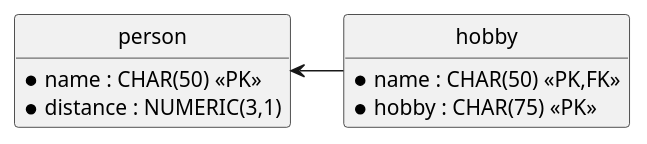
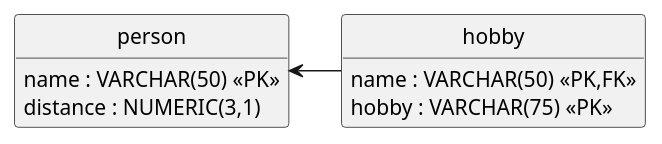
The diagram in documentatie/SDD/PDM.puml (bartvanderwal/P1-Eindapplicatie), drawn with PlantUML before and after one commit.

```diff
--- a/documentatie/SDD/PDM.puml
+++ b/documentatie/SDD/PDM.puml
@@ -1,18 +1,18 @@
 @startuml KlasKompas_PDM
 'configuration
 hide circle
 hide attributes
 
 entity person {
-    *name : CHAR(50) <<PK>>
-    *distance : NUMERIC(3,1)
+    name : VARCHAR(50) <<PK>>
+    distance : NUMERIC(3,1)
 }
 
 entity hobby {
-    *name : CHAR(50) <<PK,FK>>
-    *hobby : CHAR(75) <<PK>>
+    name : VARCHAR(50) <<PK,FK>>
+    hobby : VARCHAR(75) <<PK>>
 }
 
 person <- hobby
 
 @enduml
```
